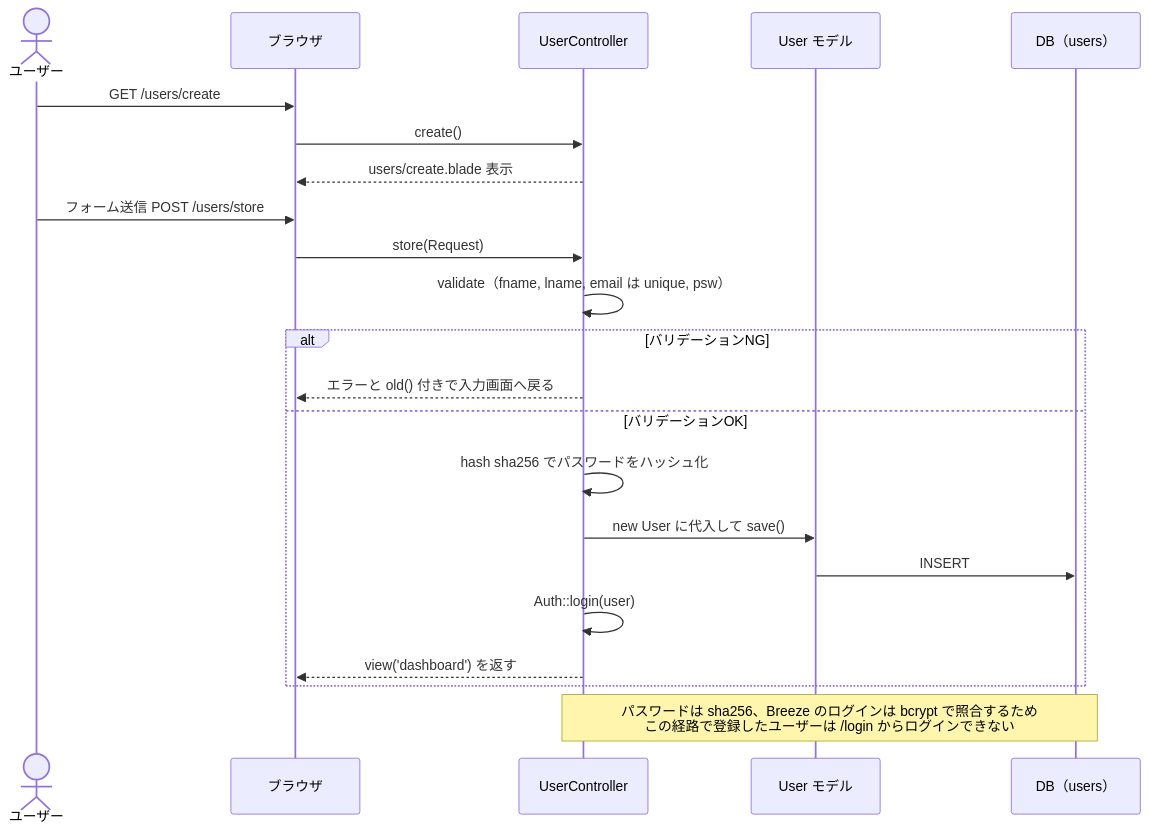
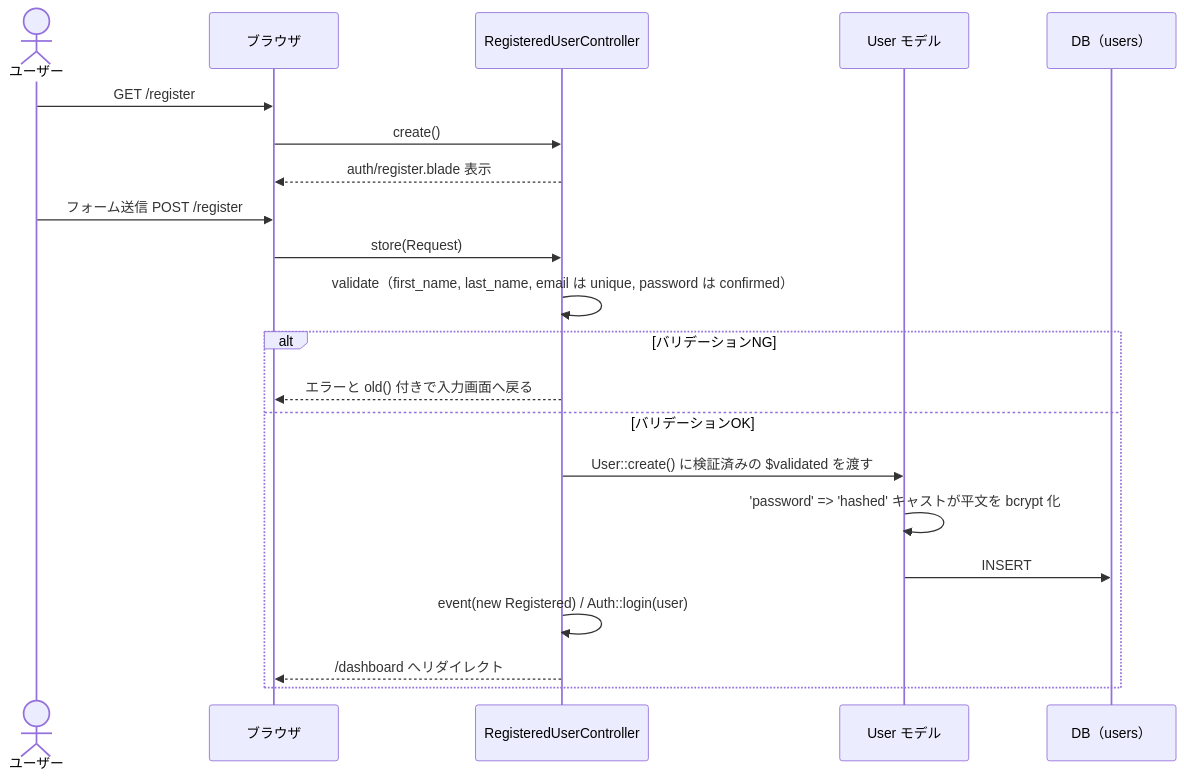
Before and after one commit to MaruCat000/my-laravel-app-breeze: the first of 4 diagrams in mermaid/sequenceDiagram.md, drawn with Mermaid. The commit also changed other lines of this file and 2 other files, not shown here.

First line of the commit message:
Update README and diagrams to match current implementation

````diff
--- a/mermaid/sequenceDiagram.md
+++ b/mermaid/sequenceDiagram.md
@@ -7,25 +7,24 @@
 ```mermaid
 sequenceDiagram
     actor U as ユーザー
     participant B as ブラウザ
-    participant C as UserController
+    participant C as RegisteredUserController
     participant M as User モデル
     participant DB as DB（users）
 
-    U->>B: GET /users/create
+    U->>B: GET /register
     B->>C: create()
-    C-->>B: users/create.blade 表示
-    U->>B: フォーム送信 POST /users/store
+    C-->>B: auth/register.blade 表示
+    U->>B: フォーム送信 POST /register
     B->>C: store(Request)
-    C->>C: validate（fname, lname, email は unique, psw）
+    C->>C: validate（first_name, last_name, email は unique, password は confirmed）
     alt バリデーションNG
         C-->>B: エラーと old() 付きで入力画面へ戻る
     else バリデーションOK
-        C->>C: hash sha256 でパスワードをハッシュ化
-        C->>M: new User に代入して save()
+        C->>M: User::create() に検証済みの $validated を渡す
+        M->>M: 'password' => 'hashed' キャストが平文を bcrypt 化
         M->>DB: INSERT
-        C->>C: Auth::login(user)
-        C-->>B: view('dashboard') を返す
+        C->>C: event(new Registered) / Auth::login(user)
+        C-->>B: /dashboard へリダイレクト
     end
-    Note over C,DB: パスワードは sha256、Breeze のログインは bcrypt で照合するため<br>この経路で登録したユーザーは /login からログインできない
 ```
````
